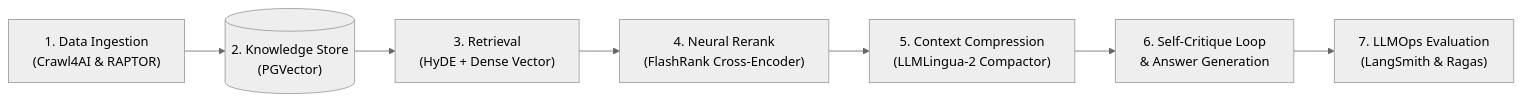
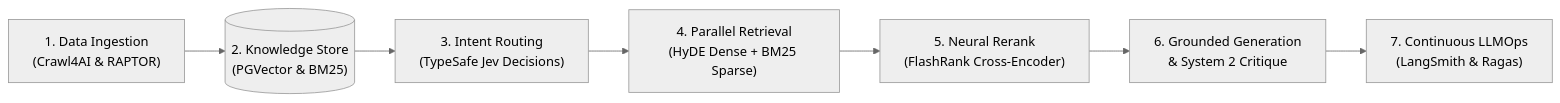
Before and after one commit to boycececil666gmailcom/documentation-chatbot: the first of 2 diagrams in README.md, drawn with Mermaid. The commit also changed other lines of this file, not shown here.

Commit message:
docs: update README with LangGraph StateGraph, hybrid retrieval, and CRAG citations

````diff
--- a/README.md
+++ b/README.md
@@ -21,13 +20,13 @@
 ```mermaid
 ---
 config:
   theme: neutral
 ---
 flowchart LR
-    A["1. Data Ingestion<br/>(Crawl4AI & RAPTOR)"] --> B[("2. Knowledge Store<br/>(PGVector)")]
-    B --> C["3. Retrieval<br/>(HyDE + Dense Vector)"]
-    C --> D["4. Neural Rerank<br/>(FlashRank Cross-Encoder)"]
-    D --> E["5. Context Compression<br/>(LLMLingua-2 Compactor)"]
-    E --> F["6. Self-Critique Loop<br/>& Answer Generation"]
-    F --> G["7. LLMOps Evaluation<br/>(LangSmith & Ragas)"]
+    A["1. Data Ingestion<br/>(Crawl4AI & RAPTOR)"] --> B[("2. Knowledge Store<br/>(PGVector & BM25)")]
+    B --> C["3. Intent Routing<br/>(TypeSafe Jev Decisions)"]
+    C --> D["4. Parallel Retrieval<br/>(HyDE Dense + BM25 Sparse)"]
+    D --> E["5. Neural Rerank<br/>(FlashRank Cross-Encoder)"]
+    E --> F["6. Grounded Generation<br/>& System 2 Critique"]
+    F --> G["7. Continuous LLMOps<br/>(LangSmith & Ragas)"]
 ```
````
